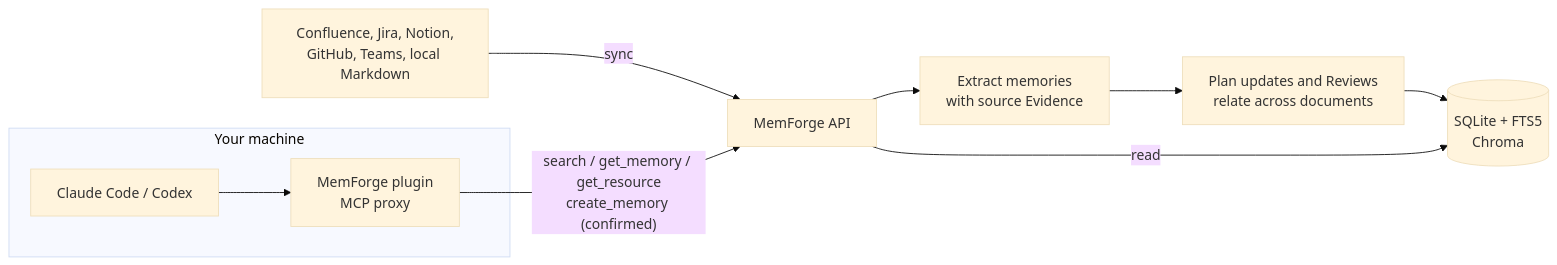
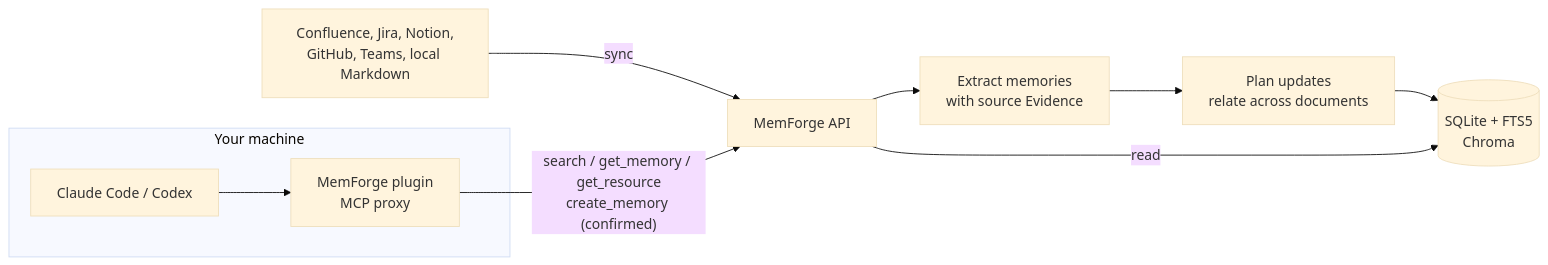
The diagram in README.md (dodo-labs-ai/mem-forge), drawn with Mermaid (base theme) before and after one commit. The commit also changed other lines of this file and 31 other files, not shown here.

````diff
--- a/README.md
+++ b/README.md
@@ -105,18 +105,18 @@
 ```mermaid
 flowchart LR
   subgraph You["Your machine"]
     CC["Claude Code / Codex"]
     Plugin["MemForge plugin<br/>MCP proxy"]
   end
   Docs["Confluence, Jira, Notion,<br/>GitHub, Teams, local Markdown"]
   API["MemForge API"]
   Extract["Extract memories<br/>with source Evidence"]
-  Recheck["Plan updates and Reviews<br/>relate across documents"]
+  Recheck["Plan updates<br/>relate across documents"]
   Store[("SQLite + FTS5<br/>Chroma")]
 
   CC --> Plugin
   Docs -- "sync" --> API
   API --> Extract --> Recheck --> Store
   Plugin -- "search / get_memory / get_resource<br/>create_memory (confirmed)" --> API
   API -- "read" --> Store
 ```
````
